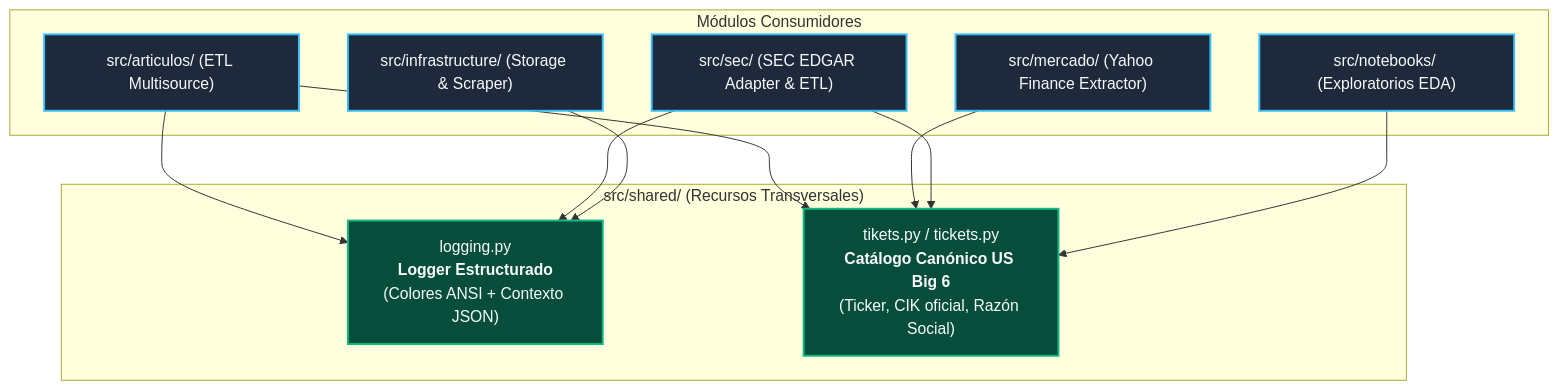
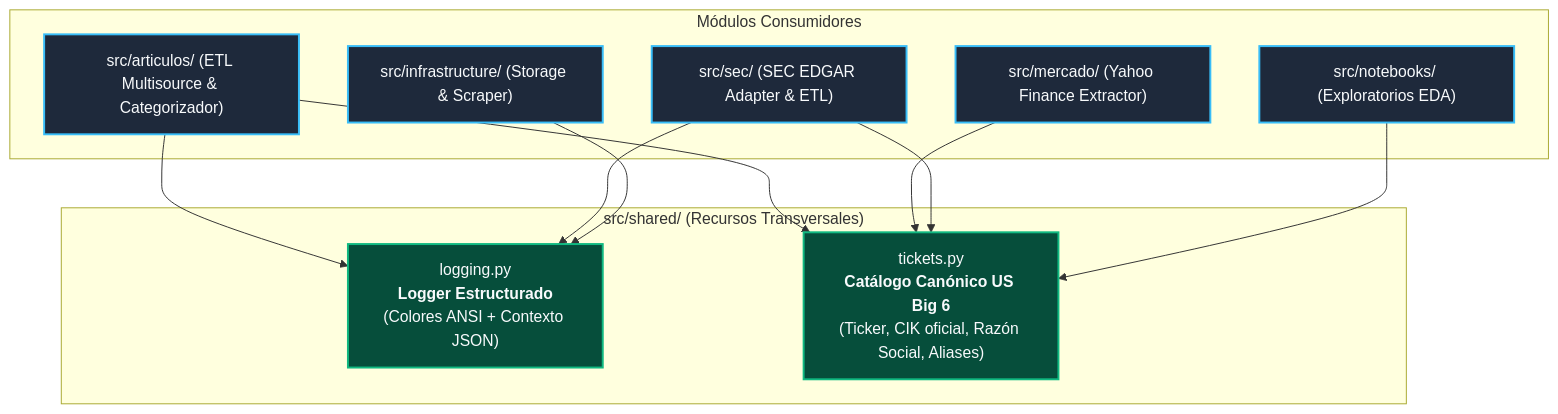
One commit to ArturoCarrilloJimenez/TFM-Master changed the diagram in src/shared/README.md. Above: the diagram before and after it, drawn with Mermaid. The commit also changed other lines of this file and 23 other files, not shown here.

First line of the commit message:
git commit -m "refactor(articulos, shared): decouple CategorizadorArticulos, canonicalize TICKETS and simplify categories

````diff
--- a/src/shared/README.md
+++ b/src/shared/README.md
@@ -11,28 +11,28 @@
 ```mermaid
 flowchart TD
     subgraph Consumers ["Módulos Consumidores"]
-        A1["src/articulos/ (ETL Multisource)"]
+        A1["src/articulos/ (ETL Multisource & Categorizador)"]
         A2["src/mercado/ (Yahoo Finance Extractor)"]
         A3["src/sec/ (SEC EDGAR Adapter & ETL)"]
         A4["src/infrastructure/ (Storage & Scraper)"]
         A5["src/notebooks/ (Exploratorios EDA)"]
     end
 
     subgraph Shared ["src/shared/ (Recursos Transversales)"]
         L["logging.py<br/><b>Logger Estructurado</b><br/>(Colores ANSI + Contexto JSON)"]
-        T["tikets.py / tickets.py<br/><b>Catálogo Canónico US Big 6</b><br/>(Ticker, CIK oficial, Razón Social)"]
+        T["tickets.py<br/><b>Catálogo Canónico US Big 6</b><br/>(Ticker, CIK oficial, Razón Social, Aliases)"]
     end
 
     A1 --> L
     A1 --> T
     A2 --> T
     A3 --> L
     A3 --> T
     A4 --> L
     A5 --> T
 
     classDef consumer fill:#1E293B,stroke:#38BDF8,stroke-width:2px,color:#F8FAFC;
     classDef shared fill:#064E3B,stroke:#10B981,stroke-width:2px,color:#F8FAFC;
     class A1,A2,A3,A4,A5 consumer;
     class L,T shared;
 ```
````
